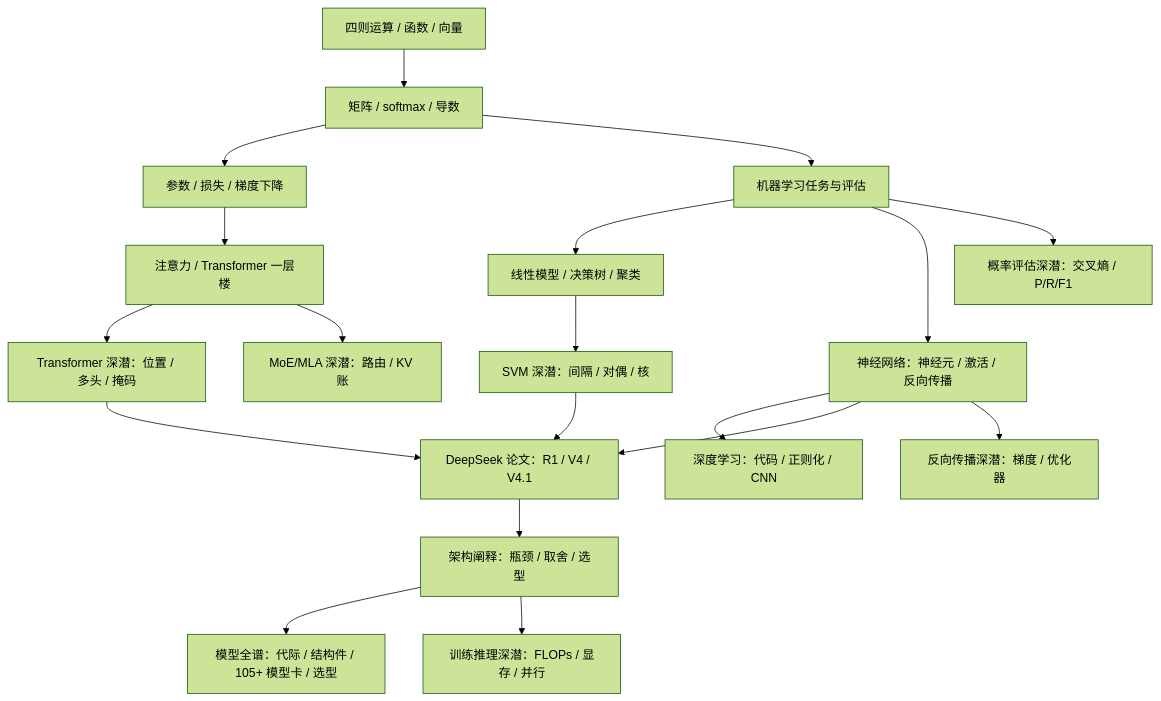
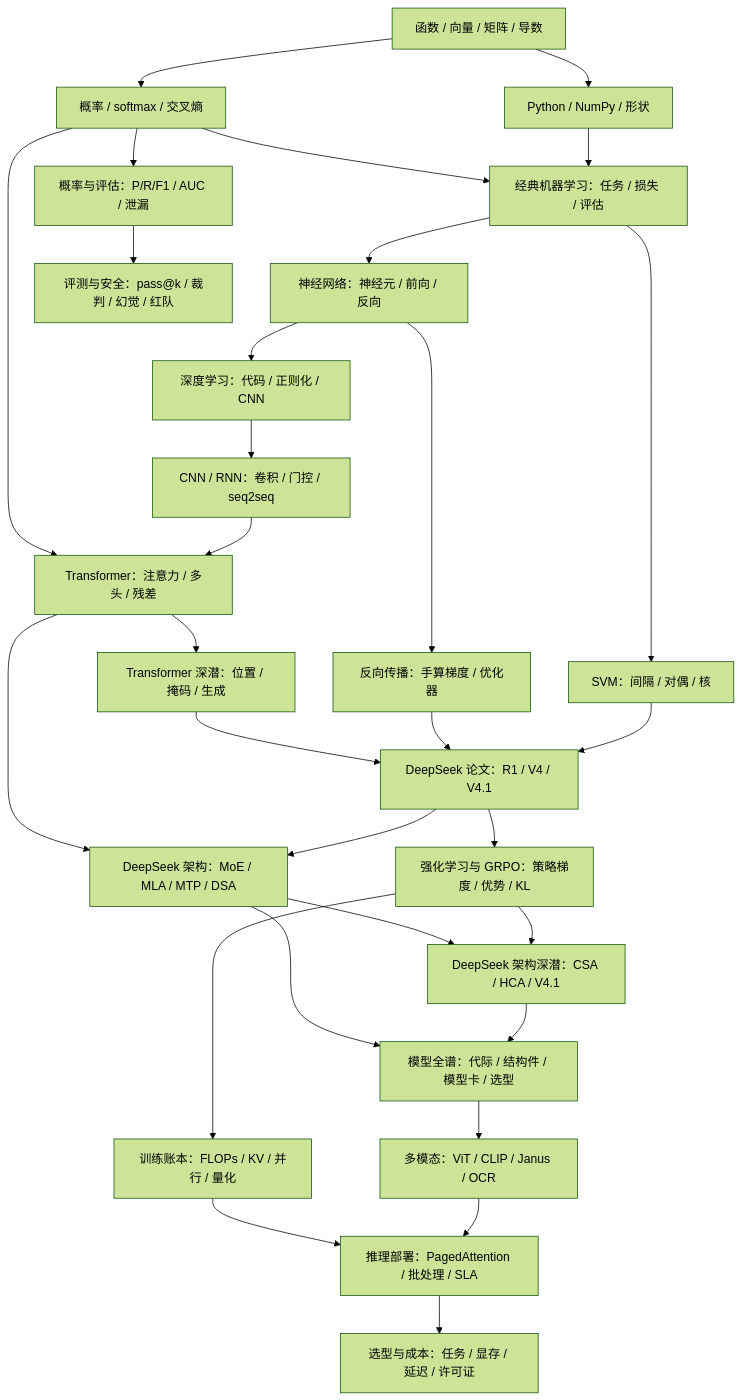
Before and after one commit to zrx-11/ai-architecture-handbook: the diagram in 00-跨书总览/学习节点地图.md, drawn with Mermaid (forest theme). The commit also changed other lines of this file and 51 other files, not shown here.

Commit message:
知识全覆盖：新增 9 套深潜课（数学/Python/经典ML/CNN-RNN/RL-GRPO/DeepSeek架构/多模态/评测安全/推理部署），首页改 7 步主线，补知识覆盖地图与术语表

````diff
--- a/00-跨书总览/学习节点地图.md
+++ b/00-跨书总览/学习节点地图.md
@@ -25,21 +36,32 @@
 ```mermaid
 flowchart TD
-  A["四则运算 / 函数 / 向量"] --> B["矩阵 / softmax / 导数"]
-  B --> C["参数 / 损失 / 梯度下降"]
-  C --> D["注意力 / Transformer 一层楼"]
-  B --> E["机器学习任务与评估"]
-  E --> F["线性模型 / 决策树 / 聚类"]
-  E --> G["神经网络：神经元 / 激活 / 反向传播"]
-  G --> H["深度学习：代码 / 正则化 / CNN"]
-  D --> I["Transformer 深潜：位置 / 多头 / 掩码"]
-  F --> J["SVM 深潜：间隔 / 对偶 / 核"]
-  I --> K["DeepSeek 论文：R1 / V4 / V4.1"]
-  G --> K
-  J --> K
-  G --> N["反向传播深潜：梯度 / 优化器"]
-  E --> O["概率评估深潜：交叉熵 / P/R/F1"]
-  D --> P["MoE/MLA 深潜：路由 / KV 账"]
-  K --> L["架构阐释：瓶颈 / 取舍 / 选型"]
-  L --> M["模型全谱：代际 / 结构件 / 105+ 模型卡 / 选型"]
-  L --> Q["训练推理深潜：FLOPs / 显存 / 并行"]
+  A["函数 / 向量 / 矩阵 / 导数"] --> B["概率 / softmax / 交叉熵"]
+  A --> C["Python / NumPy / 形状"]
+  B --> D["经典机器学习：任务 / 损失 / 评估"]
+  C --> D
+  D --> E["神经网络：神经元 / 前向 / 反向"]
+  E --> F["深度学习：代码 / 正则化 / CNN"]
+  E --> G["反向传播：手算梯度 / 优化器"]
+  F --> H["CNN / RNN：卷积 / 门控 / seq2seq"]
+  B --> I["Transformer：注意力 / 多头 / 残差"]
+  H --> I
+  I --> J["Transformer 深潜：位置 / 掩码 / 生成"]
+  D --> K["SVM：间隔 / 对偶 / 核"]
+  J --> L["DeepSeek 论文：R1 / V4 / V4.1"]
+  G --> L
+  K --> L
+  I --> M["DeepSeek 架构：MoE / MLA / MTP / DSA"]
+  L --> M
+  M --> N["DeepSeek 架构深潜：CSA / HCA / V4.1"]
+  L --> O["强化学习与 GRPO：策略梯度 / 优势 / KL"]
+  O --> N
+  M --> P["模型全谱：代际 / 结构件 / 模型卡 / 选型"]
+  N --> P
+  P --> Q["多模态：ViT / CLIP / Janus / OCR"]
+  O --> R["训练账本：FLOPs / KV / 并行 / 量化"]
+  R --> S["推理部署：PagedAttention / 批处理 / SLA"]
+  Q --> S
+  B --> T["概率与评估：P/R/F1 / AUC / 泄漏"]
+  T --> U["评测与安全：pass@k / 裁判 / 幻觉 / 红队"]
+  S --> V["选型与成本：任务 / 显存 / 延迟 / 许可证"]
 ```
````
